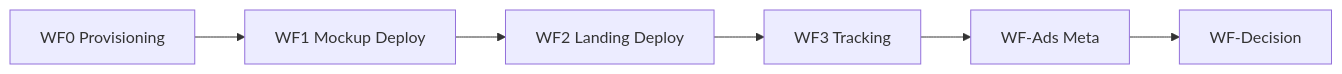
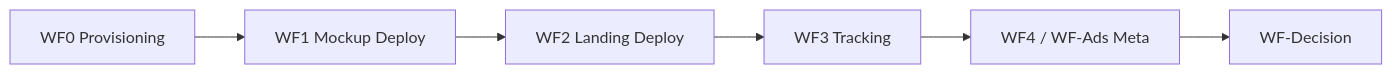
One commit to scootero/App-Validation-System changed the diagram in n8n-workflows/README.md. Above: the diagram before and after it, drawn with Mermaid. The commit also changed other lines of this file and 2 other files, not shown here.

````diff
--- a/n8n-workflows/README.md
+++ b/n8n-workflows/README.md
@@ -20,8 +29,8 @@
 ```mermaid
 flowchart LR
   WF0[WF0 Provisioning] --> WF1[WF1 Mockup Deploy]
   WF1 --> WF2[WF2 Landing Deploy]
   WF2 --> WF3[WF3 Tracking]
-  WF3 --> WFAds[WF-Ads Meta]
+  WF3 --> WFAds[WF4 / WF-Ads Meta]
   WFAds --> WFDec[WF-Decision]
 ```
````
